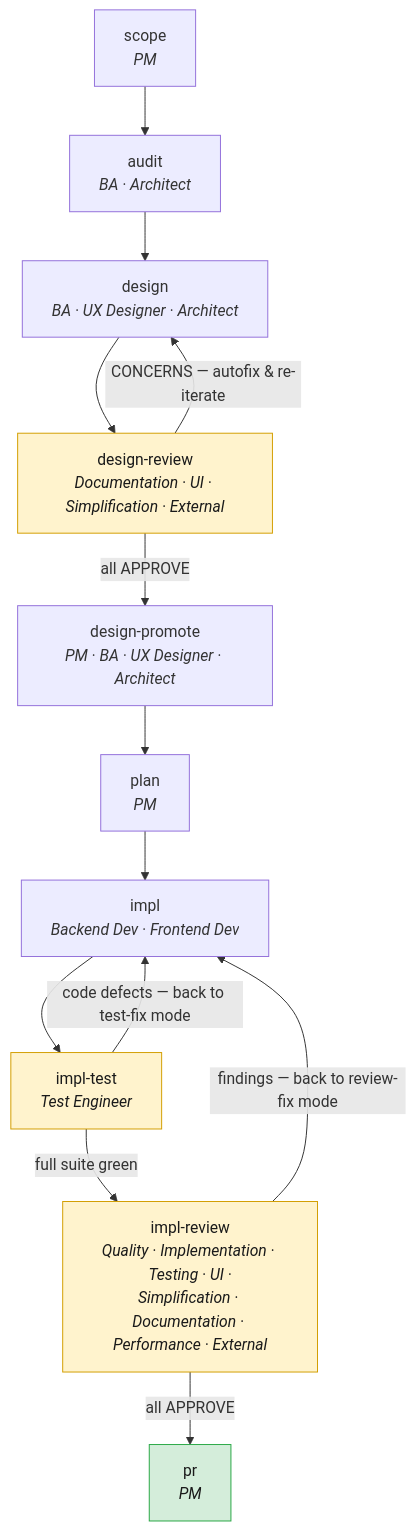
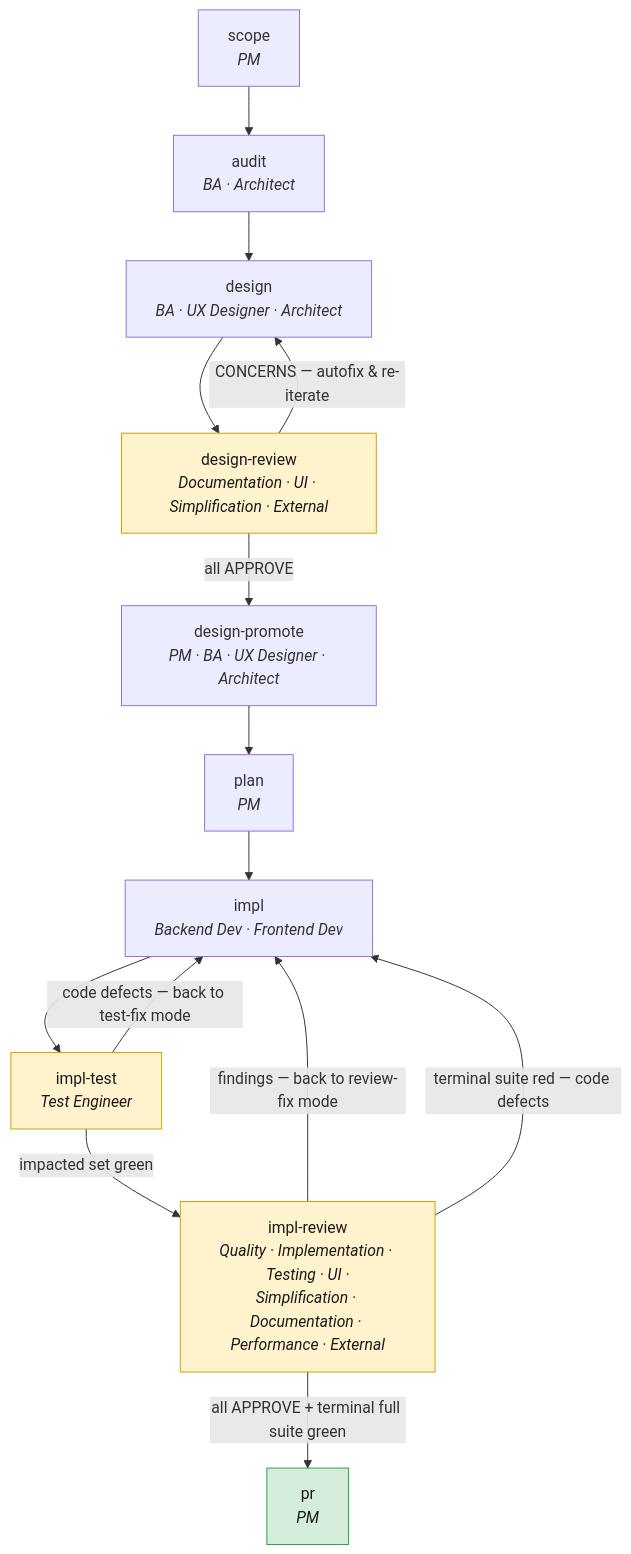
Before and after one commit to LordKuper/agentic-software-development: the diagram in README.md, drawn with Mermaid. The commit also changed other lines of this file and 21 other files, not shown here.

First line of the commit message:
feat(sprint-004): two-tier test running — impacted everywhere, full suite once (AC-5)

````diff
--- a/README.md
+++ b/README.md
@@ -124,20 +124,21 @@
 ```mermaid
 flowchart TD
     scope["scope<br/><i>PM</i>"] --> audit["audit<br/><i>BA · Architect</i>"]
     audit --> design["design<br/><i>BA · UX Designer · Architect</i>"]
     design --> dreview["design-review<br/><i>Documentation · UI · Simplification · External</i>"]
     dreview -->|CONCERNS — autofix & re-iterate| design
     dreview -->|all APPROVE| dpromote["design-promote<br/><i>PM · BA · UX Designer · Architect</i>"]
     dpromote --> plan["plan<br/><i>PM</i>"]
     plan --> impl["impl<br/><i>Backend Dev · Frontend Dev</i>"]
     impl --> itest["impl-test<br/><i>Test Engineer</i>"]
     itest -->|code defects — back to test-fix mode| impl
-    itest -->|full suite green| ireview["impl-review<br/><i>Quality · Implementation · Testing · UI ·<br/>Simplification · Documentation · Performance · External</i>"]
+    itest -->|impacted set green| ireview["impl-review<br/><i>Quality · Implementation · Testing · UI ·<br/>Simplification · Documentation · Performance · External</i>"]
     ireview -->|findings — back to review-fix mode| impl
-    ireview -->|all APPROVE| pr["pr<br/><i>PM</i>"]
+    ireview -->|terminal suite red — code defects| impl
+    ireview -->|all APPROVE + terminal full suite green| pr["pr<br/><i>PM</i>"]
 
     classDef review fill:#fff3cd,stroke:#d39e00,color:#1a1a1a;
     classDef done fill:#d4edda,stroke:#28a745,color:#1a1a1a;
     class dreview,ireview,itest review;
     class pr done;
 ```
````
